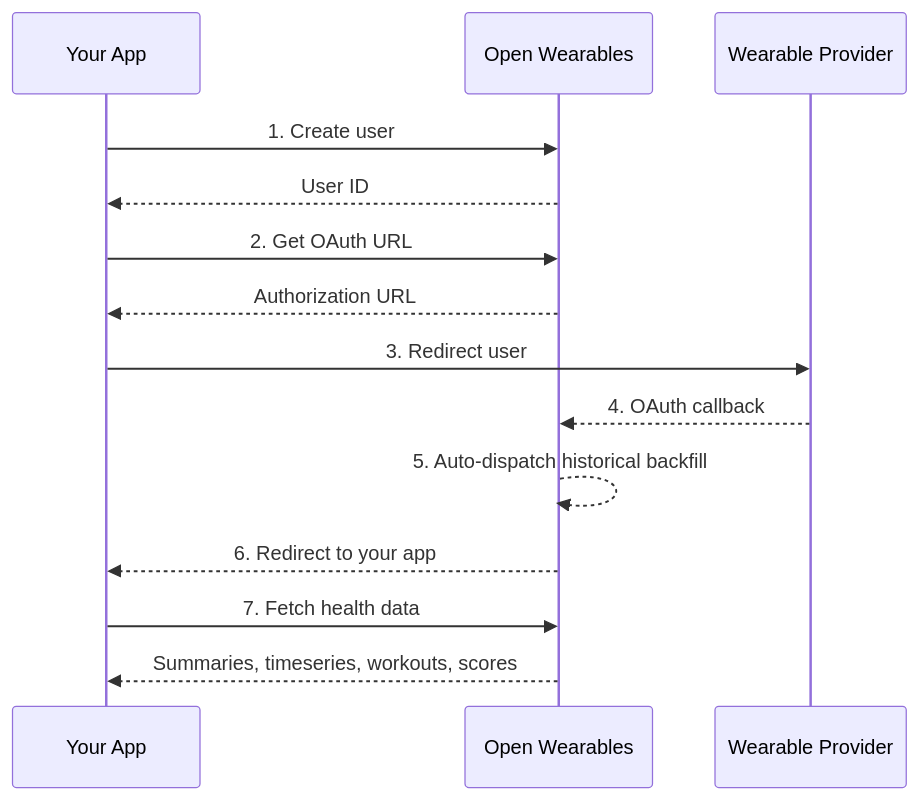
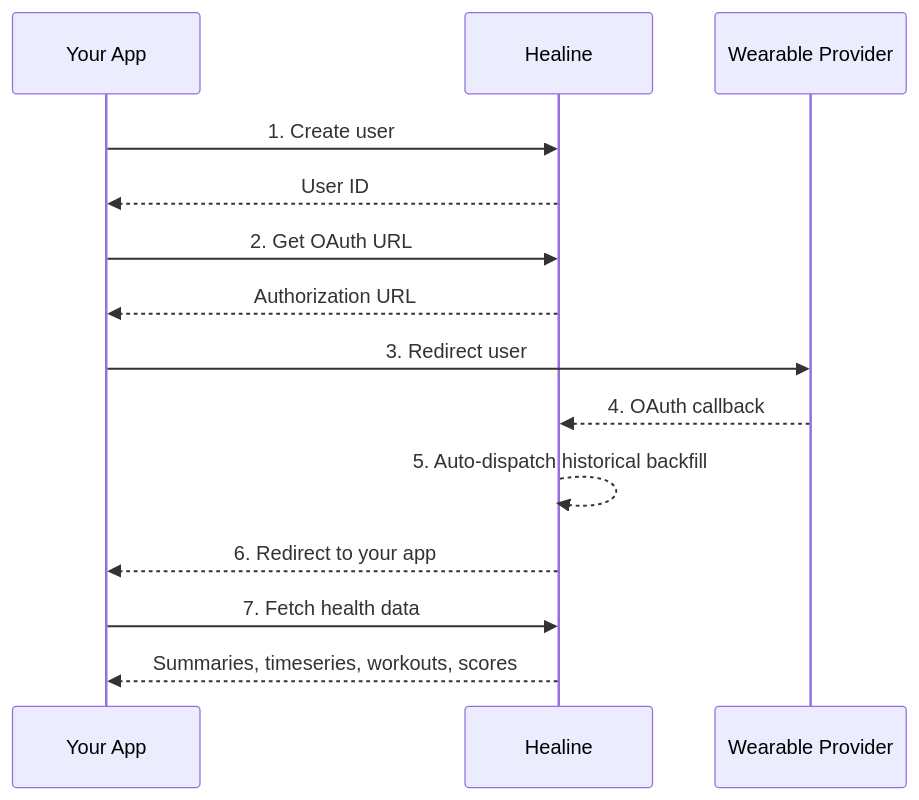
Before and after one commit to IYENTeam/healine: the second of 2 diagrams in docs/dev-guides/integration-guide.mdx, drawn with Mermaid. The commit also changed other lines of this file and 157 other files, not shown here.

````diff
--- a/docs/dev-guides/integration-guide.mdx
+++ b/docs/dev-guides/integration-guide.mdx
@@ -159,17 +158,17 @@
 ```mermaid
 sequenceDiagram
     participant App as Your App
-    participant OW as Open Wearables
+    participant OW as Healine
     participant Provider as Wearable Provider
 
     App->>OW: 1. Create user
     OW-->>App: User ID
     App->>OW: 2. Get OAuth URL
     OW-->>App: Authorization URL
     App->>Provider: 3. Redirect user
     Provider-->>OW: 4. OAuth callback
     OW-->>OW: 5. Auto-dispatch historical backfill
     OW-->>App: 6. Redirect to your app
     App->>OW: 7. Fetch health data
     OW-->>App: Summaries, timeseries, workouts, scores
 ```
````
